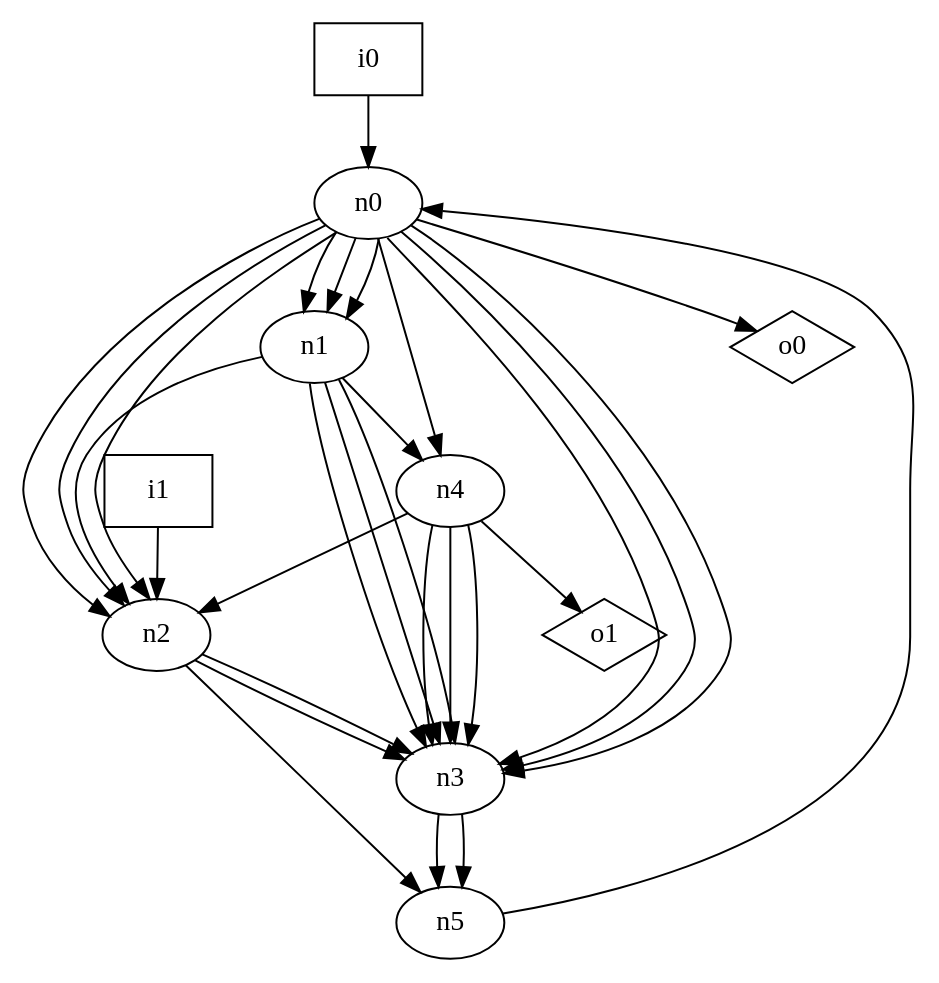
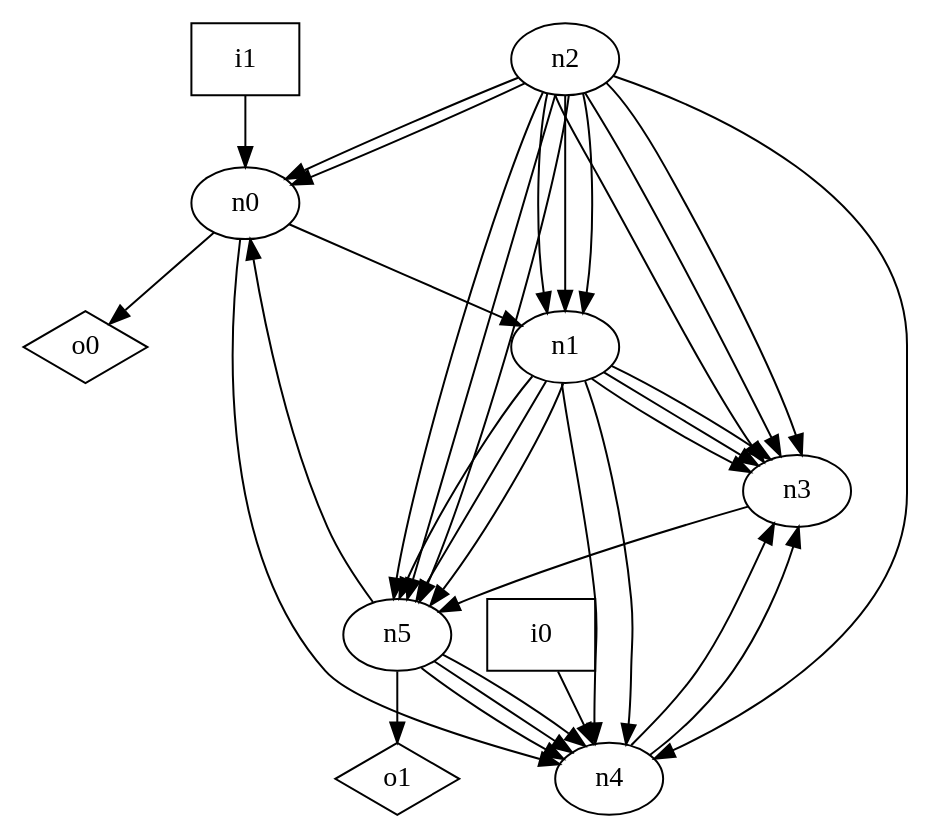
One commit to p9romain/bool-circuits changed the diagram in dot_files/random/random_oriented_graph.dot. Above: the diagram before and after it, drawn with Graphviz. The commit also changed 44 other files, not shown here.

```diff
--- a/dot_files/random/random_oriented_graph.dot
+++ b/dot_files/random/random_oriented_graph.dot
@@ -1,41 +1,45 @@
 digraph G {
 n0 [label="n0"];
 n1 [label="n1"];
 n2 [label="n2"];
 n3 [label="n3"];
 n4 [label="n4"];
 n5 [label="n5"];
 n6 [label="i0",shape="box"];
 n7 [label="i1",shape="box"];
 n8 [label="o0",shape="diamond"];
 n9 [label="o1",shape="diamond"];
 n0 -> n1
-n0 -> n1
-n0 -> n1
-n0 -> n2
-n0 -> n2
-n0 -> n2
-n0 -> n3
-n0 -> n3
-n0 -> n3
 n0 -> n4
 n0 -> n8
-n1 -> n2
 n1 -> n3
 n1 -> n3
 n1 -> n3
 n1 -> n4
+n1 -> n4
+n1 -> n5
+n1 -> n5
+n1 -> n5
+n2 -> n0
+n2 -> n0
+n2 -> n1
+n2 -> n1
+n2 -> n1
 n2 -> n3
 n2 -> n3
+n2 -> n3
+n2 -> n4
+n2 -> n5
+n2 -> n5
 n2 -> n5
 n3 -> n5
-n3 -> n5
-n4 -> n2
 n4 -> n3
 n4 -> n3
-n4 -> n3
-n4 -> n9
 n5 -> n0
-n6 -> n0
-n7 -> n2
+n5 -> n4
+n5 -> n4
+n5 -> n4
+n5 -> n9
+n6 -> n4
+n7 -> n0
 }
```
